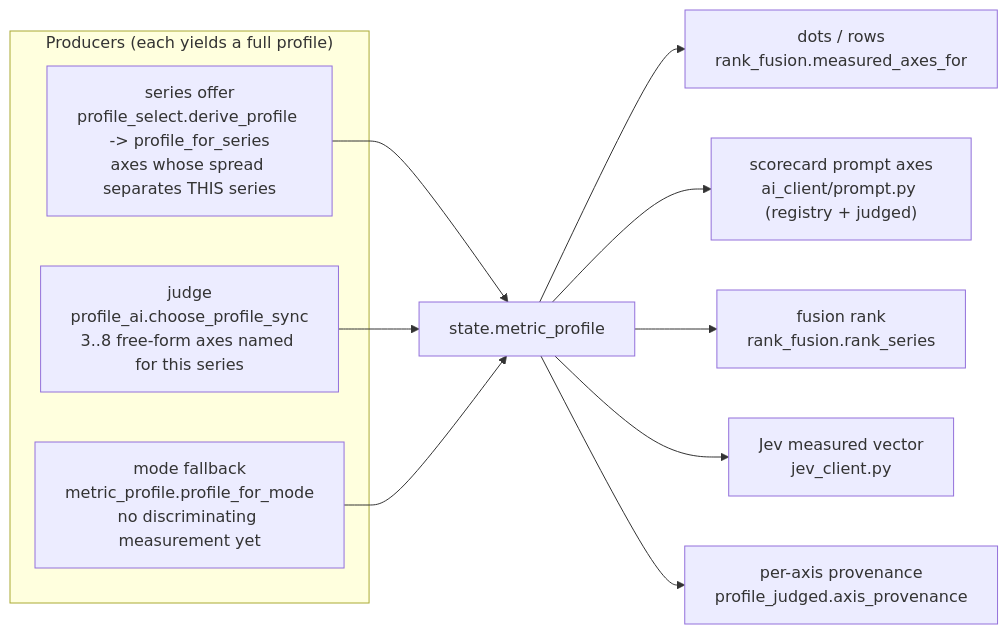
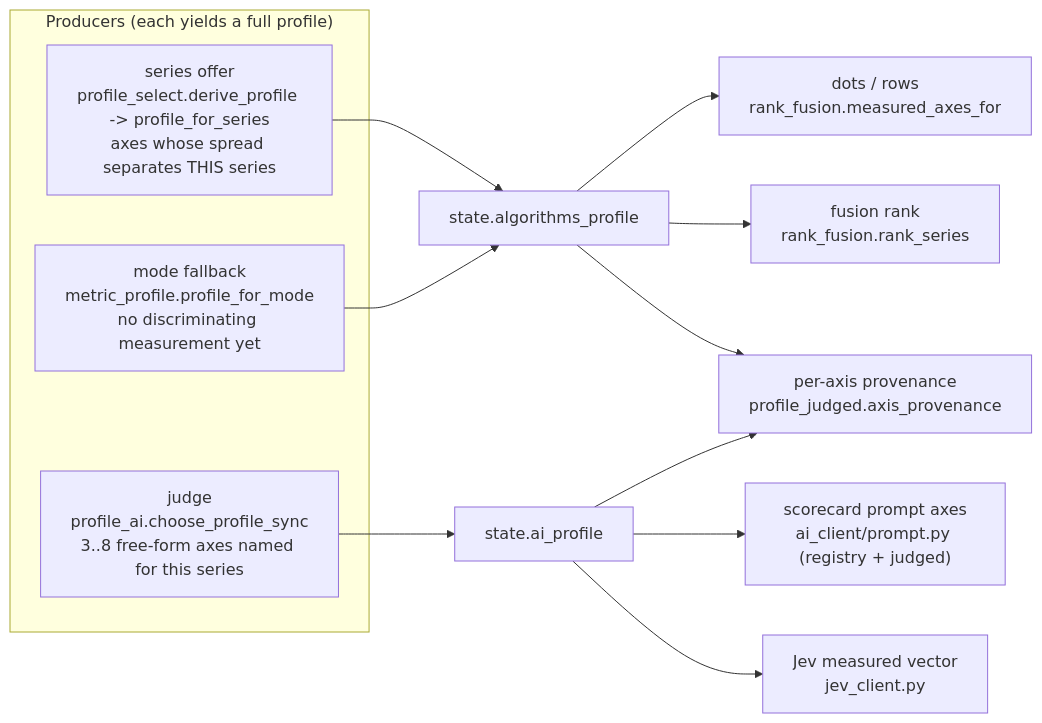
One commit to Loganavter/Improve-ImgSLI-dev changed the third of 3 diagrams in src/tabs/image_gallery/docs/ANALYSIS_BACKENDS.md. Above: the diagram before and after it, drawn with Mermaid. The commit also changed other lines of this file and 38 other files, not shown here.

Commit message:
feat(gallery): split metric profile into domain-tagged slots [backend-isolation-w2]

````diff
--- a/src/tabs/image_gallery/docs/ANALYSIS_BACKENDS.md
+++ b/src/tabs/image_gallery/docs/ANALYSIS_BACKENDS.md
@@ -168,16 +168,17 @@
 ```mermaid
 flowchart LR
     subgraph PROD["Producers (each yields a full profile)"]
         S["series offer<br/>profile_select.derive_profile -> profile_for_series<br/>axes whose spread separates THIS series"]
         V["judge<br/>profile_ai.choose_profile_sync<br/>3..8 free-form axes named for this series"]
         F["mode fallback<br/>metric_profile.profile_for_mode<br/>no discriminating measurement yet"]
     end
-    S --> ST["state.metric_profile"]
-    V --> ST
-    F --> ST
-    ST --> C1["dots / rows<br/>rank_fusion.measured_axes_for"]
-    ST --> C2["scorecard prompt axes<br/>ai_client/prompt.py (registry + judged)"]
-    ST --> C3["fusion rank<br/>rank_fusion.rank_series"]
-    ST --> C4["Jev measured vector<br/>jev_client.py"]
-    ST --> C5["per-axis provenance<br/>profile_judged.axis_provenance"]
+    S --> A["state.algorithms_profile"]
+    F --> A
+    V --> B["state.ai_profile"]
+    A --> C1["dots / rows<br/>rank_fusion.measured_axes_for"]
+    A --> C3["fusion rank<br/>rank_fusion.rank_series"]
+    B --> C2["scorecard prompt axes<br/>ai_client/prompt.py (registry + judged)"]
+    B --> C4["Jev measured vector<br/>jev_client.py"]
+    A --> C5["per-axis provenance<br/>profile_judged.axis_provenance"]
+    B --> C5
 ```
````
